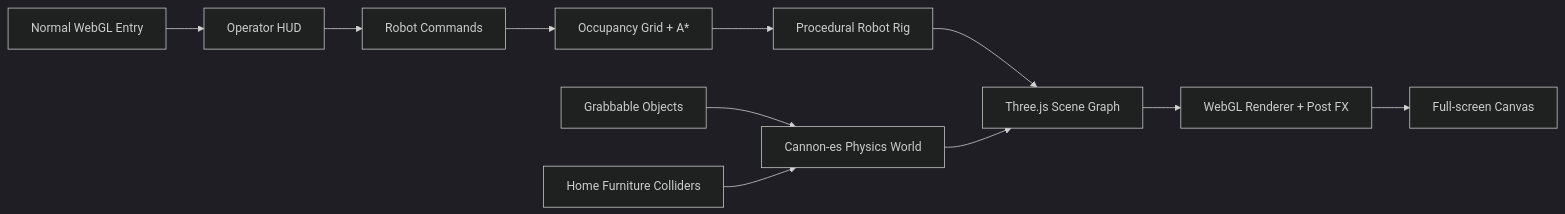
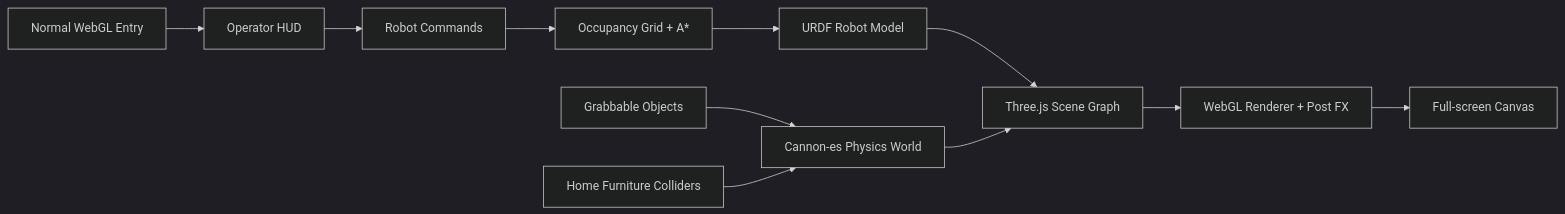
Before and after one commit to eust-w/webrobot: the diagram in README.md, drawn with Mermaid (dark theme). The commit also changed other lines of this file and 107 other files, not shown here.

Commit message:
🤖 Add robot platforms and URDF simulation

````diff
--- a/README.md
+++ b/README.md
@@ -94,13 +96,13 @@
 ```mermaid
 flowchart LR
   Entry["Normal WebGL Entry"] --> UI["Operator HUD"]
   UI --> Commands["Robot Commands"]
   Commands --> Planner["Occupancy Grid + A*"]
-  Planner --> Robot["Procedural Robot Rig"]
+  Planner --> Robot["URDF Robot Model"]
   Robot --> Three["Three.js Scene Graph"]
   Physics["Cannon-es Physics World"] --> Three
   Objects["Grabbable Objects"] --> Physics
   Furniture["Home Furniture Colliders"] --> Physics
   Renderer["WebGL Renderer + Post FX"] --> Canvas["Full-screen Canvas"]
   Three --> Renderer
 ```
````
